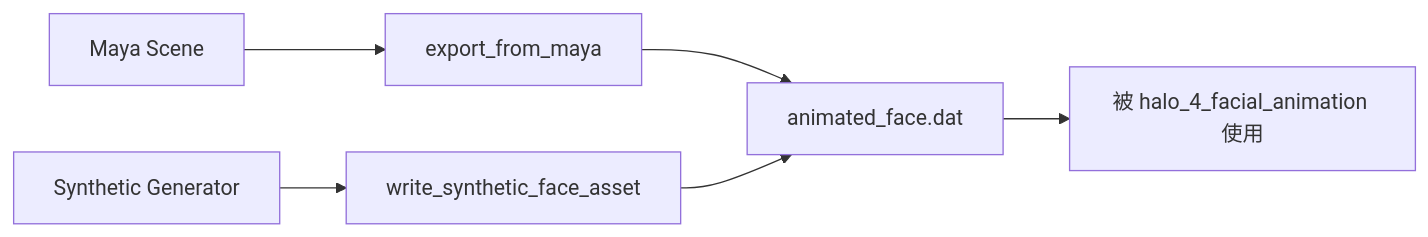
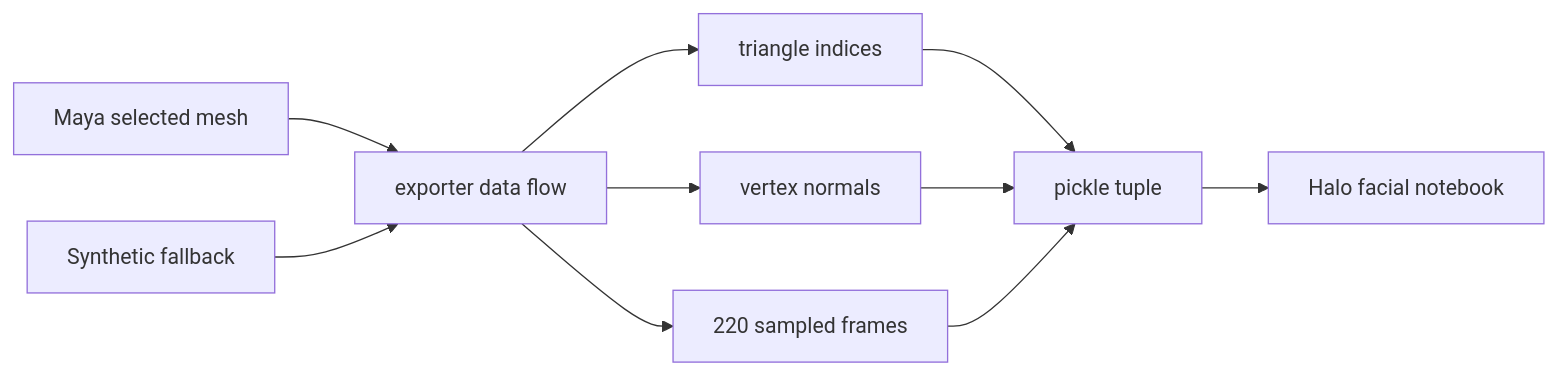
Before and after one commit to EvihGraphics/AnimationTech-HTC: diagram 13 of 13 in docs/blog/AnimationPapers/halo_4_exporter_from_maya/README.md, drawn with Mermaid. The commit also changed other lines of this file and 6 other files, not shown here.

````diff
--- a/docs/blog/AnimationPapers/halo_4_exporter_from_maya/README.md
+++ b/docs/blog/AnimationPapers/halo_4_exporter_from_maya/README.md
@@ -181,8 +256,12 @@
 ```mermaid
 flowchart LR
-    A[Maya Scene] --> B[export_from_maya]
-    C[Synthetic Generator] --> D[write_synthetic_face_asset]
-    B --> E[animated_face.dat]
-    D --> E
-    E --> F[被 halo_4_facial_animation 使用]
+    A[Maya selected mesh] --> C[exporter data flow]
+    B[Synthetic fallback] --> C
+    C --> D[triangle indices]
+    C --> E[vertex normals]
+    C --> F[220 sampled frames]
+    D --> G[pickle tuple]
+    E --> G
+    F --> G
+    G --> H[Halo facial notebook]
 ```
````
